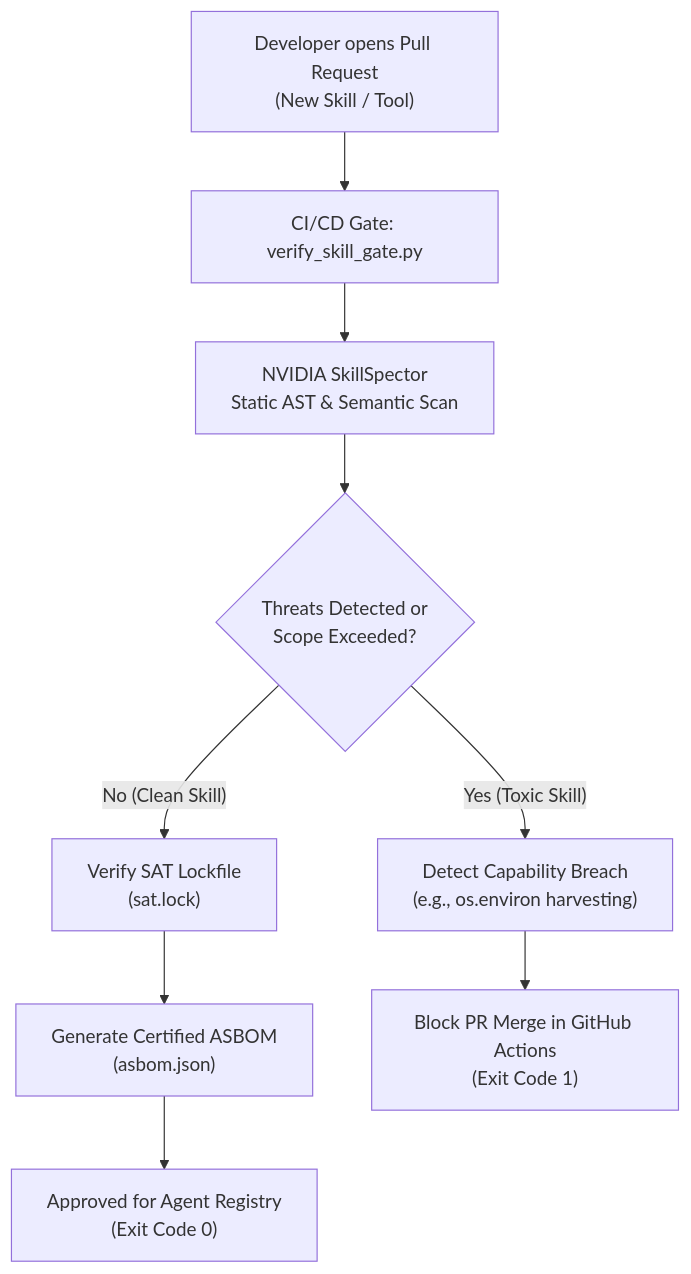
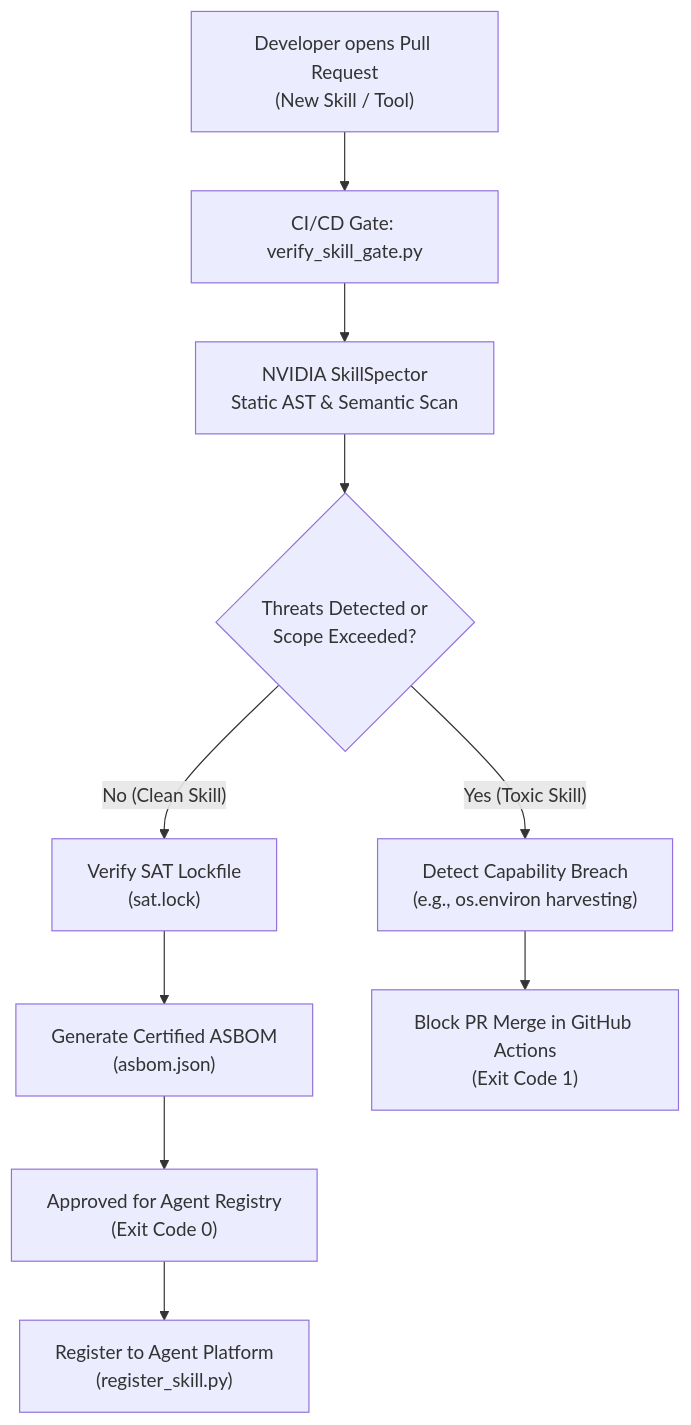
The diagram in README.md (Cybersizemore/sec-agent-advent-supplychain-sec), drawn with Mermaid before and after one commit. The commit also changed other lines of this file and 5 other files, not shown here.

Commit message:
feat(ci): add automated registration of approved skills to Agent Platform Skills Registry

````diff
--- a/README.md
+++ b/README.md
@@ -32,14 +32,15 @@
 ```mermaid
 flowchart TD
     PR["Developer opens Pull Request<br/>(New Skill / Tool)"] --> Gate["CI/CD Gate: verify_skill_gate.py"]
     Gate --> Scan["NVIDIA SkillSpector<br/>Static AST & Semantic Scan"]
     
     Scan --> Check{"Threats Detected or<br/>Scope Exceeded?"}
     
     Check -- "No (Clean Skill)" --> Lock["Verify SAT Lockfile<br/>(sat.lock)"]
     Lock --> ASBOM["Generate Certified ASBOM<br/>(asbom.json)"]
     ASBOM --> Registry["Approved for Agent Registry<br/>(Exit Code 0)"]
+    Registry --> Publish["Register to Agent Platform<br/>(register_skill.py)"]
     
     Check -- "Yes (Toxic Skill)" --> Alert["Detect Capability Breach<br/>(e.g., os.environ harvesting)"]
     Alert --> Block["Block PR Merge in GitHub Actions<br/>(Exit Code 1)"]
 ```
````
